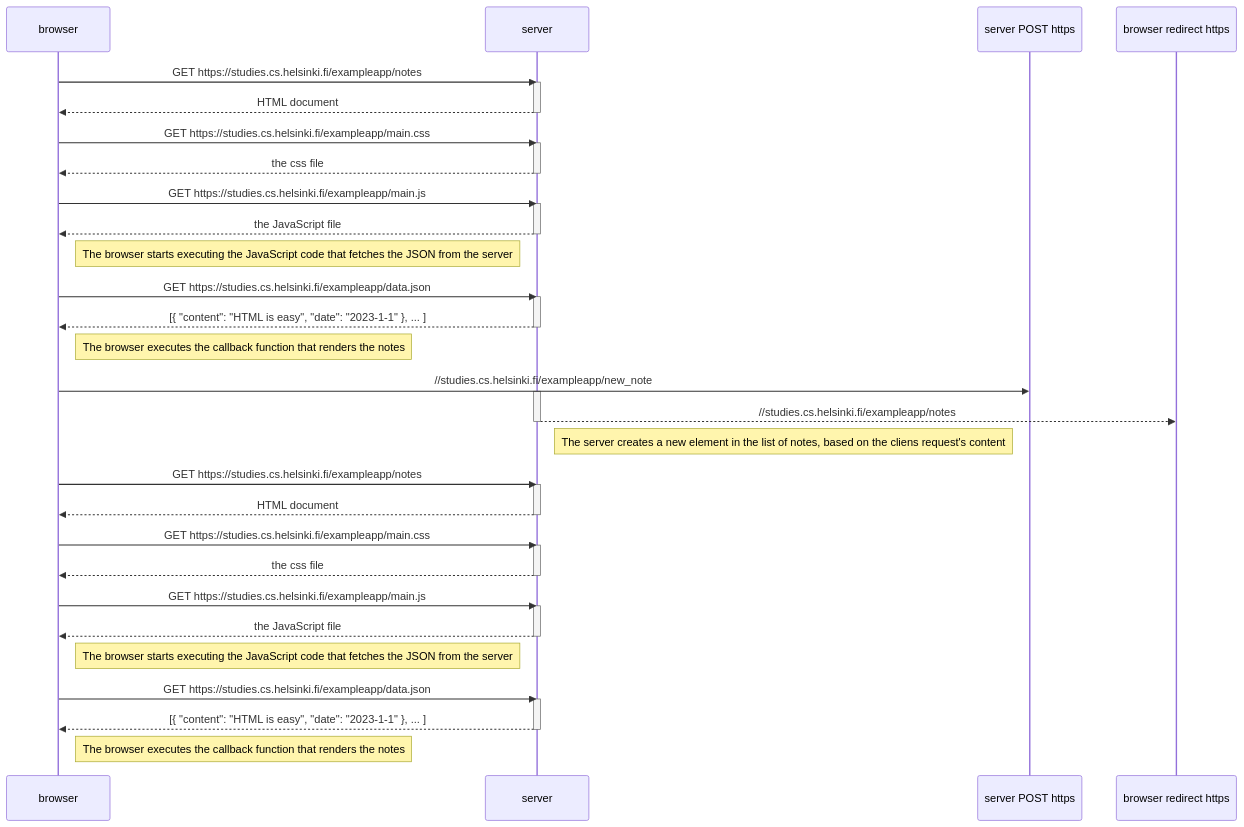
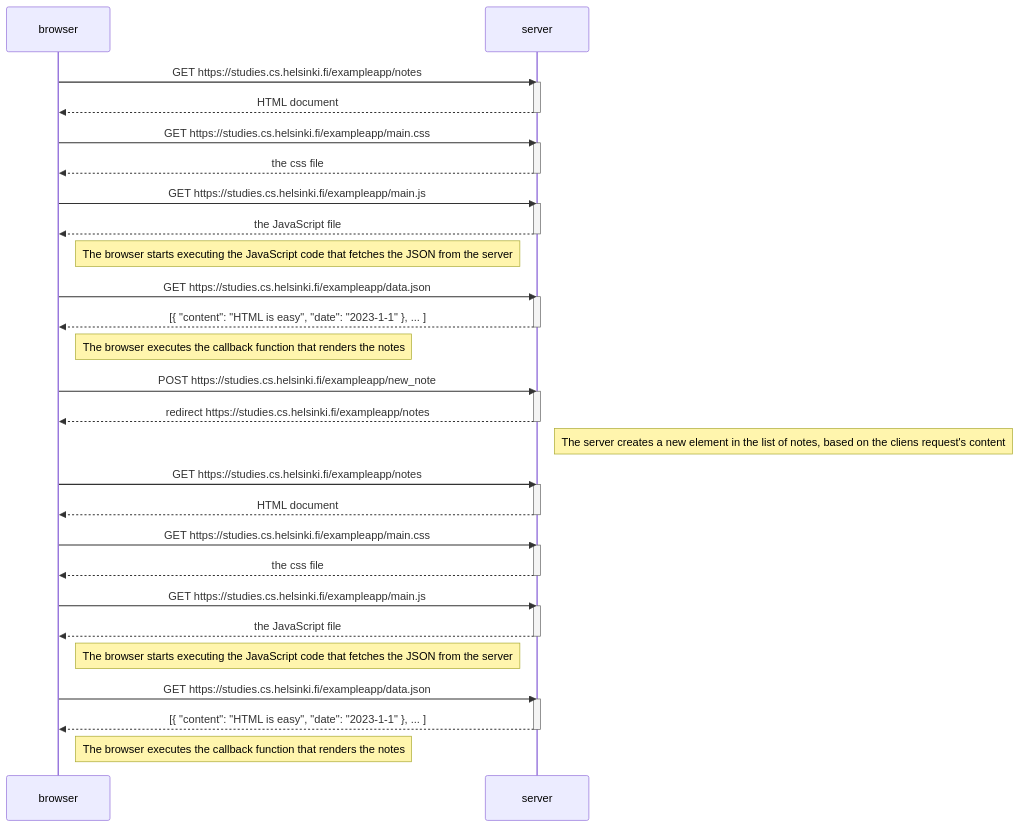
The diagram in part0/ex04-new-note-diagram.md (jakobsitory/full-stack-open), drawn with Mermaid before and after one commit.

Commit message:
minor fix in diagram

````diff
--- a/part0/ex04-new-note-diagram.md
+++ b/part0/ex04-new-note-diagram.md
@@ -2,62 +2,62 @@
 ```mermaid
 sequenceDiagram
     participant browser
     participant server
 
     browser->>server: GET https://studies.cs.helsinki.fi/exampleapp/notes
     activate server
     server-->>browser: HTML document
     deactivate server
 
     browser->>server: GET https://studies.cs.helsinki.fi/exampleapp/main.css
     activate server
     server-->>browser: the css file
     deactivate server
 
     browser->>server: GET https://studies.cs.helsinki.fi/exampleapp/main.js
     activate server
     server-->>browser: the JavaScript file
     deactivate server
 
     Note right of browser: The browser starts executing the JavaScript code that fetches the JSON from the server
 
     browser->>server: GET https://studies.cs.helsinki.fi/exampleapp/data.json
     activate server
     server-->>browser: [{ "content": "HTML is easy", "date": "2023-1-1" }, ... ]
     deactivate server
 
     Note right of browser: The browser executes the callback function that renders the notes
 
 
-	browser->>server POST  https://studies.cs.helsinki.fi/exampleapp/new_note
+	browser->>server: POST https://studies.cs.helsinki.fi/exampleapp/new_note
 	activate server
-	server-->>browser redirect https://studies.cs.helsinki.fi/exampleapp/notes
+	server-->>browser: redirect https://studies.cs.helsinki.fi/exampleapp/notes
 	deactivate server
-	
+
     Note right of server: The server creates a new element in the list of notes, based on the cliens request's content
 	
 
     browser->>server: GET https://studies.cs.helsinki.fi/exampleapp/notes
     activate server
     server-->>browser: HTML document
     deactivate server
 
     browser->>server: GET https://studies.cs.helsinki.fi/exampleapp/main.css
     activate server
     server-->>browser: the css file
     deactivate server
 
     browser->>server: GET https://studies.cs.helsinki.fi/exampleapp/main.js
     activate server
     server-->>browser: the JavaScript file
     deactivate server
 
     Note right of browser: The browser starts executing the JavaScript code that fetches the JSON from the server
 
     browser->>server: GET https://studies.cs.helsinki.fi/exampleapp/data.json
     activate server
     server-->>browser: [{ "content": "HTML is easy", "date": "2023-1-1" }, ... ]
     deactivate server
 
     Note right of browser: The browser executes the callback function that renders the notes
 ```
````
